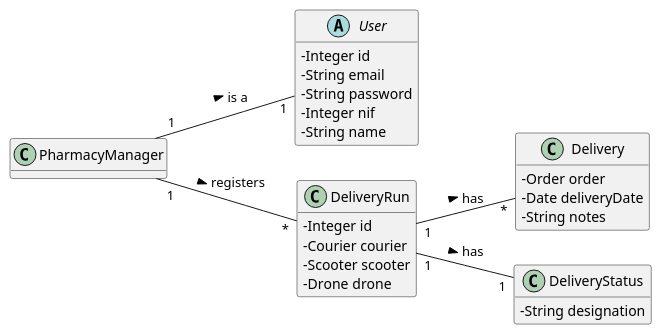
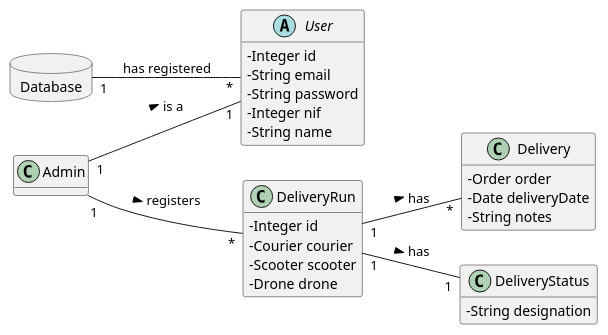
One commit to tiagoavcosta25/LAPR3 changed the diagram in docs/Iteration 2/Delivery Management/US206_RegisterDeliveryRun/US206_DM.puml. Above: the diagram before and after it, drawn with PlantUML. The commit also changed 4 other files, not shown here.

Commit message:
LAPR2AP2-218 #fixing Register Delivery Run [Design]

```diff
--- a/docs/Iteration 2/Delivery Management/US206_RegisterDeliveryRun/US206_DM.puml
+++ b/docs/Iteration 2/Delivery Management/US206_RegisterDeliveryRun/US206_DM.puml
@@ -1,41 +1,46 @@
 @startuml
 skinparam classAttributeIconSize 0
 hide methods
 left to right direction
 
-class PharmacyManager{
+class Admin{
 
 }
 
 abstract class User{
 -Integer id
 -String email
 -String password
 -Integer nif
 -String name
 }
 
 class Delivery{
 -Order order
 -Date deliveryDate
 -String notes
 }
 
 class DeliveryRun{
 -Integer id
 -Courier courier
 -Scooter scooter
 -Drone drone
 }
 
 class DeliveryStatus{
 -String designation
 }
 
+database Database{
 
-PharmacyManager "1" -- "1" User : is a >
+}
+
+
+Database "1" -- "*" User : has registered
+Admin "1" -- "1" User : is a >
 DeliveryRun "1" -- "*" Delivery : has >
 DeliveryRun"1" -- "1" DeliveryStatus : has >
-PharmacyManager "1" -- "*" DeliveryRun : registers >
+Admin "1" -- "*" DeliveryRun : registers >
 
 @enduml
```
